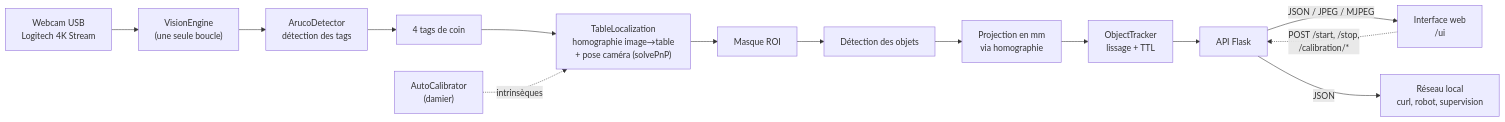
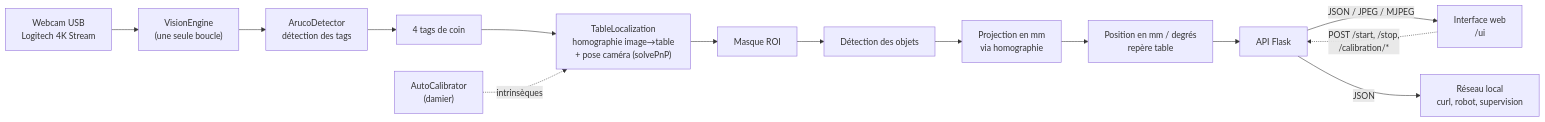
One commit to robotronik/CDFR2027-Mat-Vision changed the diagram in README.md. Above: the diagram before and after it, drawn with Mermaid. The commit also changed other lines of this file and 14 other files, not shown here.

````diff
--- a/README.md
+++ b/README.md
@@ -36,16 +36,16 @@
 ```mermaid
 flowchart LR
     CAM["Webcam USB<br/>Logitech 4K Stream"] --> ENG["VisionEngine<br/>(une seule boucle)"]
     ENG --> AR["ArucoDetector<br/>détection des tags"]
     AR --> CORN["4 tags de coin"]
     CORN --> TAB["TableLocalization<br/>homographie image→table<br/>+ pose caméra (solvePnP)"]
     TAB --> ROI["Masque ROI"]
     ROI --> AR2["Détection des objets"]
     AR2 --> MAP["Projection en mm<br/>via homographie"]
-    MAP --> TRK["ObjectTracker<br/>lissage + TTL"]
-    TRK --> API["API Flask"]
+    MAP --> OUT["Position en mm / degrés<br/>repère table"]
+    OUT --> API["API Flask"]
     API -->|JSON / JPEG / MJPEG| WEB["Interface web<br/>/ui"]
     API -->|JSON| LAN["Réseau local<br/>curl, robot, supervision"]
     CAL["AutoCalibrator<br/>(damier)"] -.->|intrinsèques| TAB
     WEB -.->|POST /start, /stop,<br/>/calibration/*| API
 ```
````
